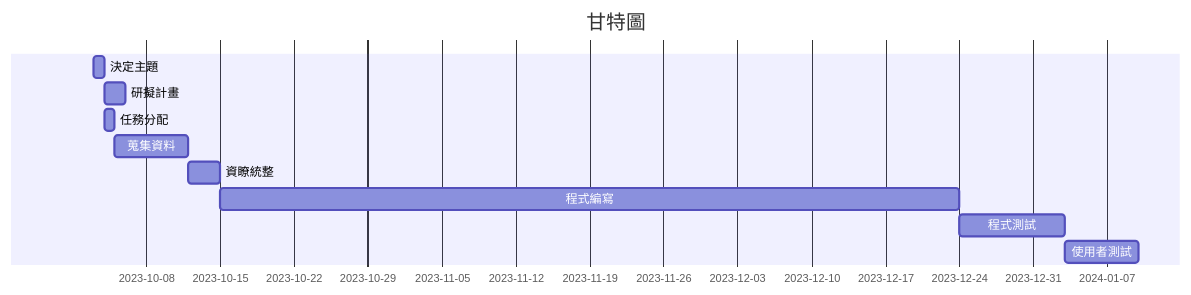
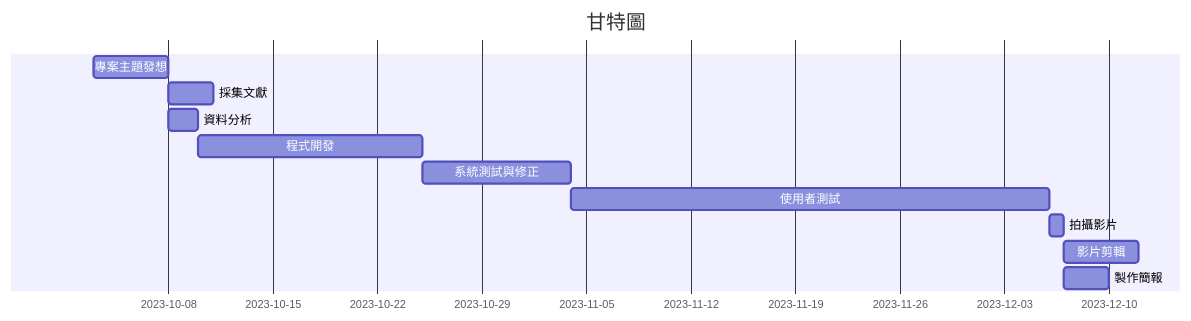
Before and after one commit to kungchieh/group_9: the diagram in README.md, drawn with Mermaid. The commit also changed other lines of this file, not shown here.

````diff
--- a/README.md
+++ b/README.md
@@ -34,12 +35,13 @@
 ```mermaid
 gantt
     title 甘特圖
-　　決定主題     : a1 , 2023-10-03 , 1d
-    研擬計畫     : a2 , after a1 , 2d
-    任務分配     : a3 , after a1 , 1d
-    蒐集資料     : a4 , after a3 , 7d
-    資瞭統整     : a5 , after a4 , 3d
-    程式編寫     : a6 , after a5 , 70d
-    程式測試     : a7 , after a6 , 10d
-    使用者測試   : a8 , after a7 ,7d
+　　專案主題發想     : a1 , 2023-10-03 , 5d
+    採集文獻     : a2 , after a1 , 3d
+    資料分析    : a3 , after a1 , 2d
+    程式開發     : a4 , after a3 , 15d
+    系統測試與修正     : a5 , after a4 , 10d
+     使用者測試     : a6 , after a5 , 32d
+    拍攝影片     : a7 , after a6 , 1d
+    影片剪輯   : a8 , after a7 ,5d
+    製作簡報   : a8 , after a7 ,3d
 ```
````
